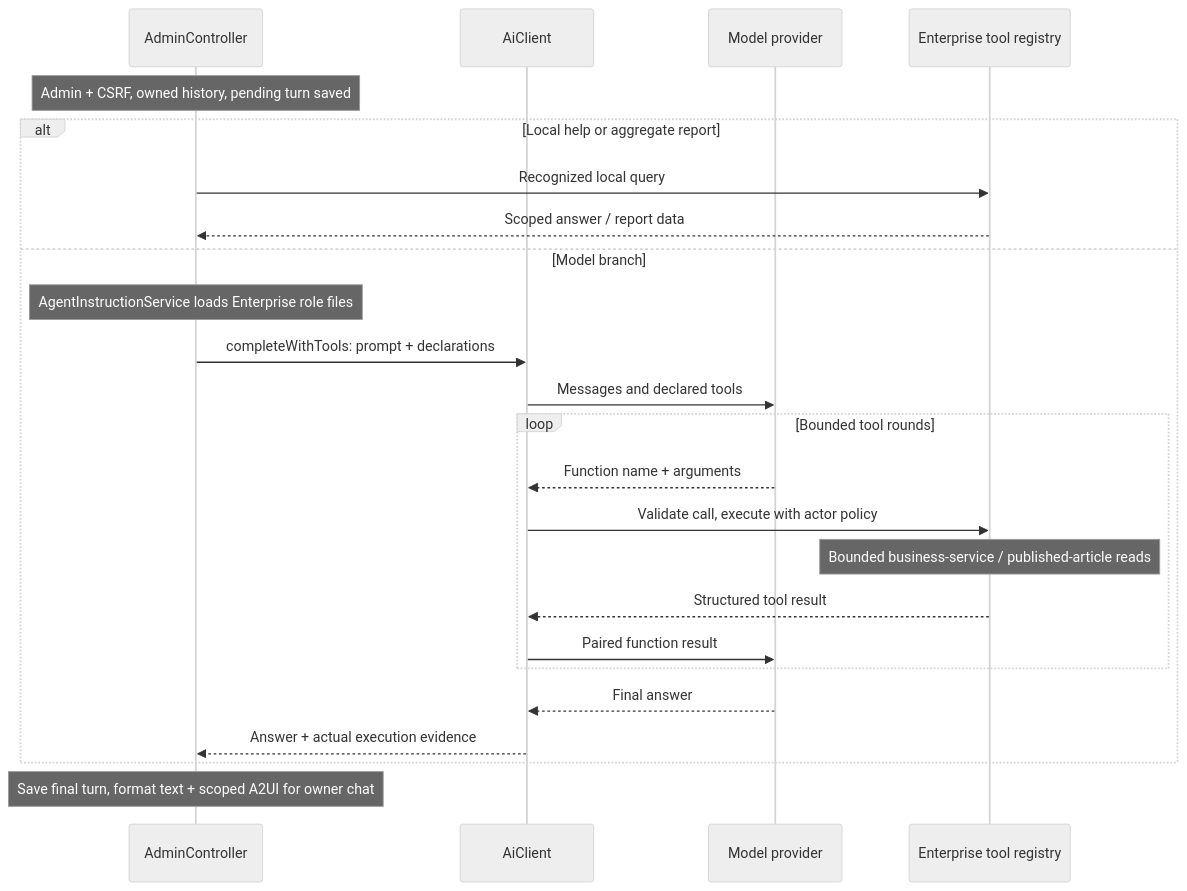
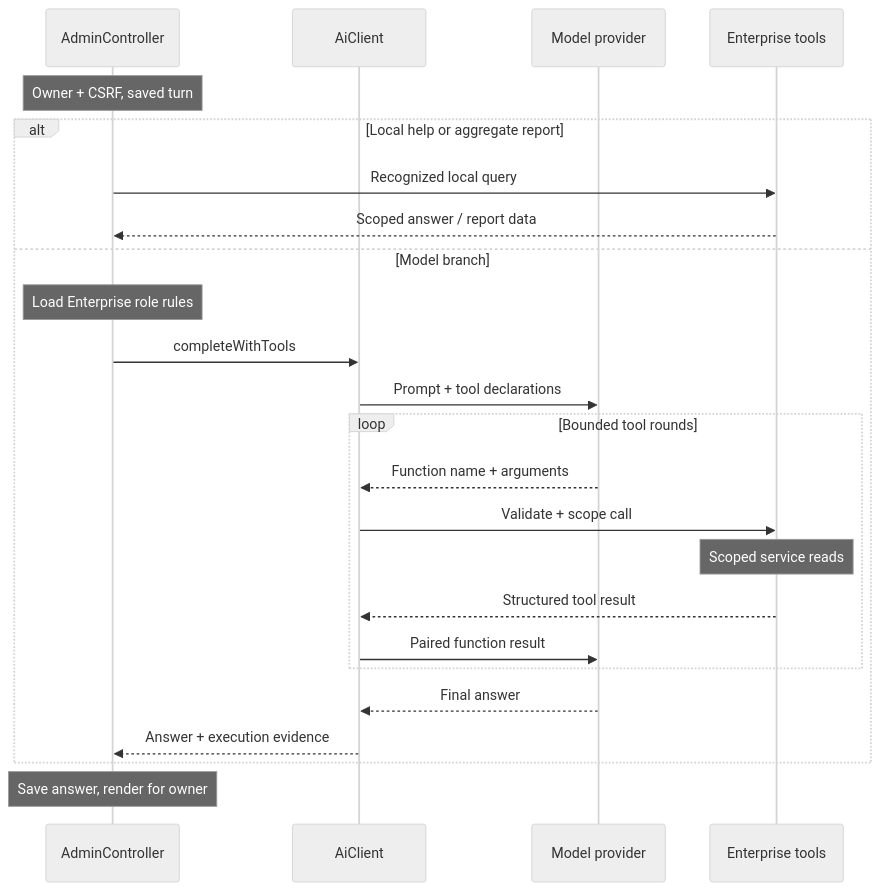
The fifth of 9 diagrams in README.md (bapxmediahub/bapXphpAiBackend), drawn with Mermaid (neutral theme) before and after one commit. The commit also changed other lines of this file, not shown here.

Commit message:
docs: shorten sequence labels while preserving source detail

````diff
--- a/README.md
+++ b/README.md
@@ -241,27 +243,27 @@
 ```mermaid
 sequenceDiagram
   participant Admin as AdminController
   participant AI as AiClient
   participant Model as Model provider
-  participant Tools as Enterprise tool registry
+  participant Tools as Enterprise tools
 
-  Note over Admin: Admin + CSRF, owned history, pending turn saved
+  Note over Admin: Owner + CSRF, saved turn
   alt Local help or aggregate report
     Admin->>Tools: Recognized local query
     Tools-->>Admin: Scoped answer / report data
   else Model branch
-    Note over Admin: AgentInstructionService loads Enterprise role files
-    Admin->>AI: completeWithTools: prompt + declarations
-    AI->>Model: Messages and declared tools
+    Note over Admin: Load Enterprise role rules
+    Admin->>AI: completeWithTools
+    AI->>Model: Prompt + tool declarations
     loop Bounded tool rounds
       Model-->>AI: Function name + arguments
-      AI->>Tools: Validate call, execute with actor policy
-      Note over Tools: Bounded business-service / published-article reads
+      AI->>Tools: Validate + scope call
+      Note over Tools: Scoped service reads
       Tools-->>AI: Structured tool result
       AI->>Model: Paired function result
     end
     Model-->>AI: Final answer
-    AI-->>Admin: Answer + actual execution evidence
+    AI-->>Admin: Answer + execution evidence
   end
-  Note over Admin: Save final turn, format text + scoped A2UI for owner chat
+  Note over Admin: Save answer, render for owner
 ```
````
